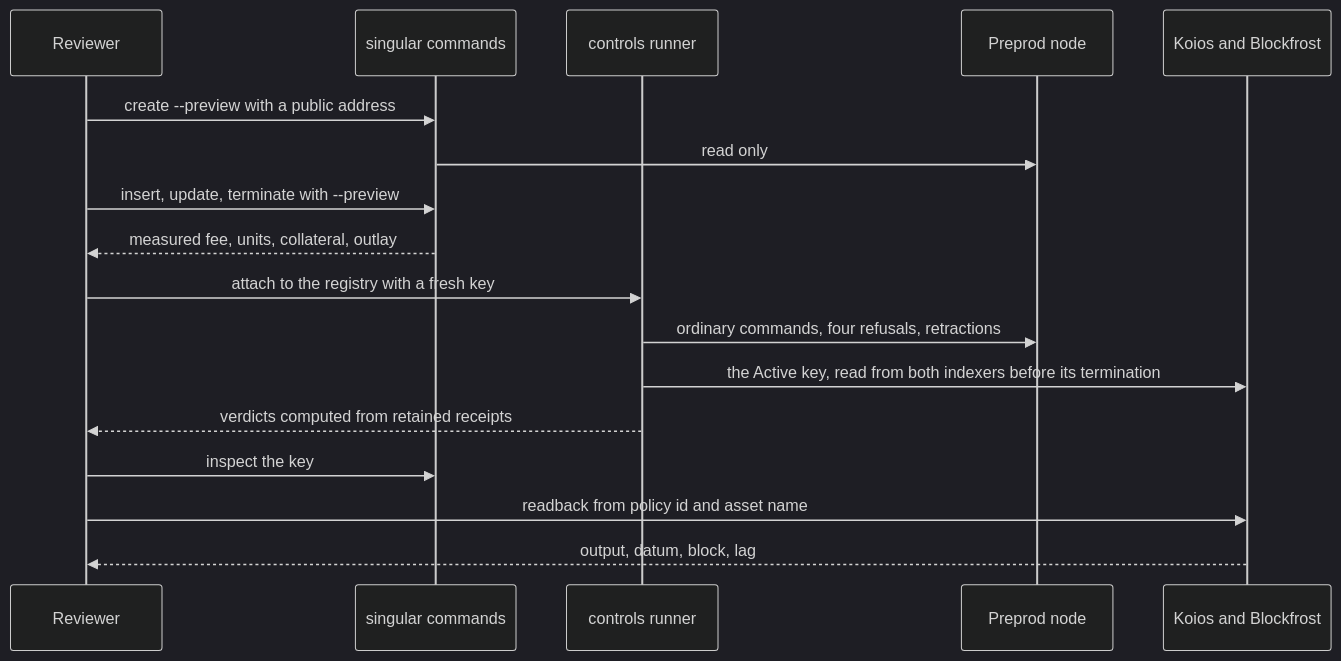
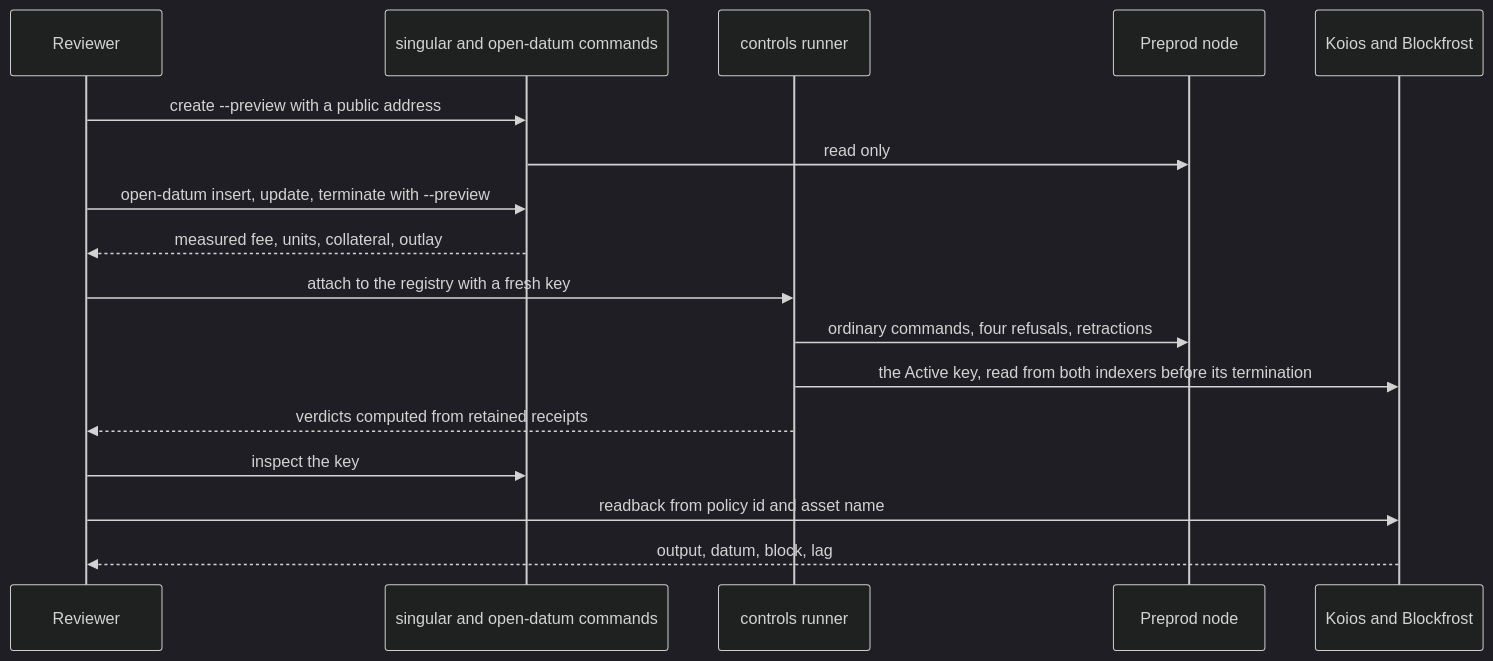
The diagram in docs/demo1-preprod.md (lambdasistemi/singular), drawn with Mermaid (dark theme) before and after one commit. The commit also changed other lines of this file and 161 other files, not shown here.

First line of the commit message:
feat(528): the open datum is an executable of its own, built from its own tree

````diff
--- a/docs/demo1-preprod.md
+++ b/docs/demo1-preprod.md
@@ -13,19 +13,19 @@
 ```mermaid
 sequenceDiagram
     participant R as Reviewer
-    participant S as singular commands
+    participant S as singular and open-datum commands
     participant C as controls runner
     participant N as Preprod node
     participant I as Koios and Blockfrost
     R->>S: create --preview with a public address
     S->>N: read only
-    R->>S: insert, update, terminate with --preview
+    R->>S: open-datum insert, update, terminate with --preview
     S-->>R: measured fee, units, collateral, outlay
     R->>C: attach to the registry with a fresh key
     C->>N: ordinary commands, four refusals, retractions
     C->>I: the Active key, read from both indexers before its termination
     C-->>R: verdicts computed from retained receipts
     R->>S: inspect the key
     R->>I: readback from policy id and asset name
     I-->>R: output, datum, block, lag
 ```
````
